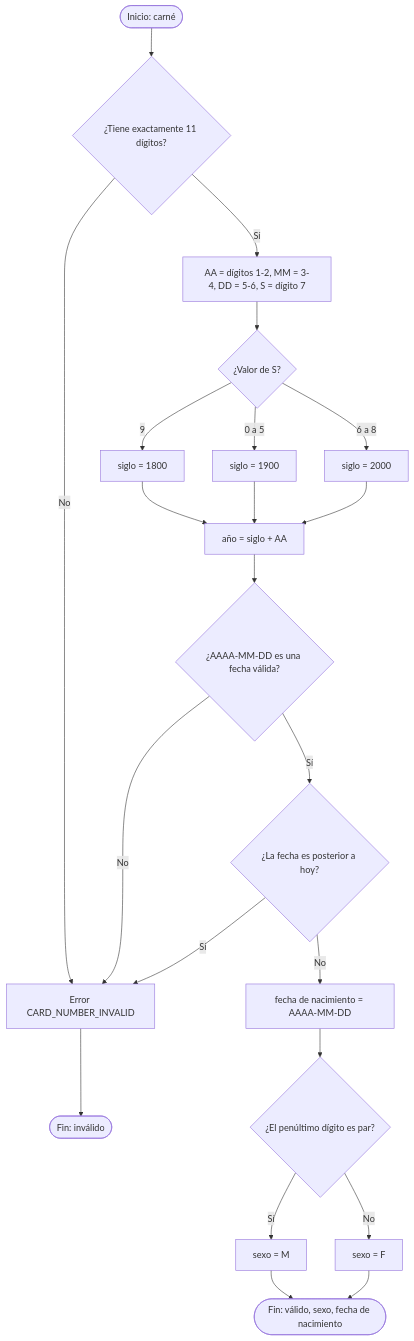
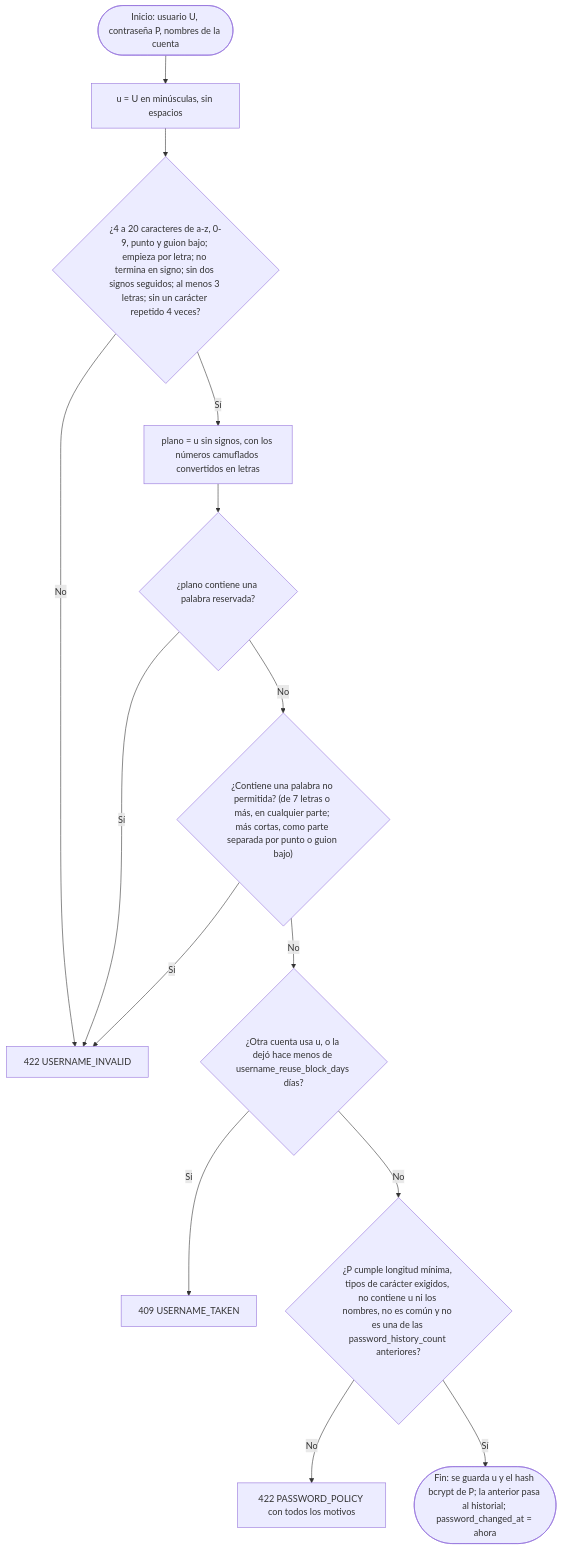
Before and after one commit to maicolalmaralestamayo/MiRuta: the first of 30 diagrams in docs/07-algoritmos.md, drawn with Mermaid. The commit also changed other lines of this file and 10 other files, not shown here.

First line of the commit message:
Documentación de la versión 2 y caducidad de conversaciones sin cuenta y avisos leídos

````diff
--- a/docs/07-algoritmos.md
+++ b/docs/07-algoritmos.md
@@ -44,24 +44,16 @@
 ```mermaid
 flowchart TD
-    A(["Inicio: carné"]) --> B{"¿Tiene exactamente 11 dígitos?"}
-    B -->|No| X["Error CARD_NUMBER_INVALID"]
-    B -->|Sí| C["AA = dígitos 1-2, MM = 3-4, DD = 5-6, S = dígito 7"]
-    C --> D{"¿Valor de S?"}
-    D -->|"9"| E1["siglo = 1800"]
-    D -->|"0 a 5"| E2["siglo = 1900"]
-    D -->|"6 a 8"| E3["siglo = 2000"]
-    E1 --> F["año = siglo + AA"]
-    E2 --> F
-    E3 --> F
-    F --> G{"¿AAAA-MM-DD es una fecha válida?"}
-    G -->|No| X
-    G -->|Sí| H{"¿La fecha es posterior a hoy?"}
-    H -->|Sí| X
-    H -->|No| I["fecha de nacimiento = AAAA-MM-DD"]
-    I --> J{"¿El penúltimo dígito es par?"}
-    J -->|Sí| K["sexo = M"]
-    J -->|No| L["sexo = F"]
-    K --> Z(["Fin: válido, sexo, fecha de nacimiento"])
-    L --> Z
-    X --> Y(["Fin: inválido"])
+    A(["Inicio: usuario U, contraseña P, nombres de la cuenta"]) --> B["u = U en minúsculas, sin espacios"]
+    B --> C{"¿4 a 20 caracteres de a-z, 0-9, punto y guion bajo; empieza por letra; no termina en signo; sin dos signos seguidos; al menos 3 letras; sin un carácter repetido 4 veces?"}
+    C -->|No| X1["422 USERNAME_INVALID"]
+    C -->|Sí| D["plano = u sin signos, con los números camuflados convertidos en letras"]
+    D --> E{"¿plano contiene una palabra reservada?"}
+    E -->|Sí| X1
+    E -->|No| F{"¿Contiene una palabra no permitida? (de 7 letras o más, en cualquier parte; más cortas, como parte separada por punto o guion bajo)"}
+    F -->|Sí| X1
+    F -->|No| G{"¿Otra cuenta usa u, o la dejó hace menos de username_reuse_block_days días?"}
+    G -->|Sí| X2["409 USERNAME_TAKEN"]
+    G -->|No| H{"¿P cumple longitud mínima, tipos de carácter exigidos, no contiene u ni los nombres, no es común y no es una de las password_history_count anteriores?"}
+    H -->|No| X3["422 PASSWORD_POLICY con todos los motivos"]
+    H -->|Sí| Z(["Fin: se guarda u y el hash bcrypt de P; la anterior pasa al historial; password_changed_at = ahora"])
 ```
````
